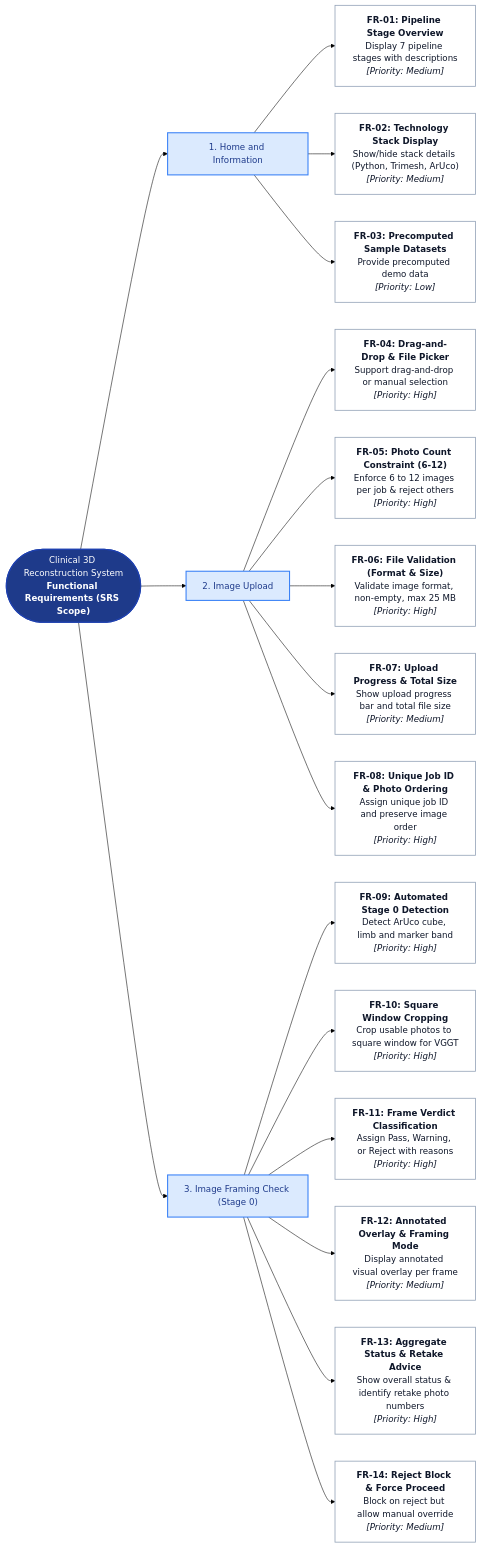
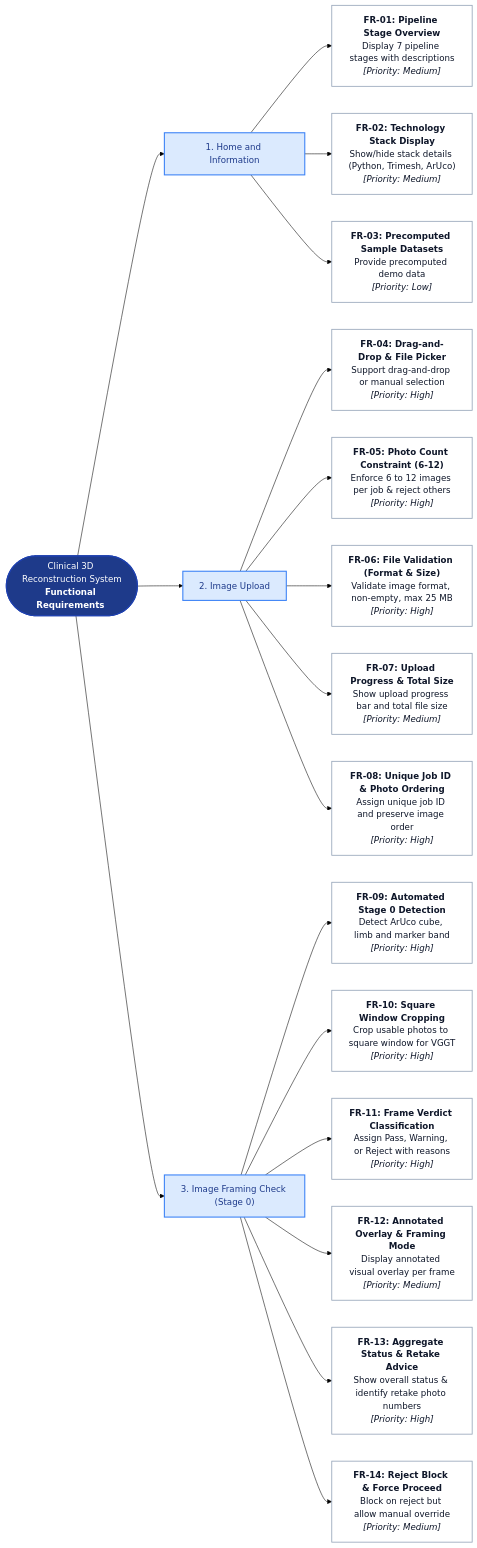
The diagram in FR.mmd (Sannn-boo/SCGProject), drawn with Mermaid (forest theme) before and after one commit.

Commit message:
Update title in Functional Requirements section

```diff
--- a/FR.mmd
+++ b/FR.mmd
@@ -1,36 +1,36 @@
 flowchart LR
     %% Styling Classes
     classDef rootClass fill:#1e3a8a,stroke:#1e40af,stroke-width:2px,color:#ffffff;
     classDef groupClass fill:#dbeafe,stroke:#3b82f6,stroke-width:2px,color:#1e3a8a;
     classDef plainNode fill:#ffffff,stroke:#94a3b8,stroke-width:1.5px,color:#0f172a;
 
-    Root(["Clinical 3D Reconstruction System<br/><b>Functional Requirements (SRS Scope)</b>"]):::rootClass
+    Root(["Clinical 3D Reconstruction System<br/><b>Functional Requirements </b>"]):::rootClass
 
     %% Main Requirement Sections
     S1["1. Home and Information"]:::groupClass
     S2["2. Image Upload"]:::groupClass
     S3["3. Image Framing Check (Stage 0)"]:::groupClass
 
     Root --> S1
     Root --> S2
     Root --> S3
 
     %% Section 1: Home and Information
     S1 --> FR01["<b>FR-01: Pipeline Stage Overview</b><br/>Display 7 pipeline stages with descriptions<br/><i>[Priority: Medium]</i>"]:::plainNode
     S1 --> FR02["<b>FR-02: Technology Stack Display</b><br/>Show/hide stack details (Python, Trimesh, ArUco)<br/><i>[Priority: Medium]</i>"]:::plainNode
     S1 --> FR03["<b>FR-03: Precomputed Sample Datasets</b><br/>Provide precomputed demo data<br/><i>[Priority: Low]</i>"]:::plainNode
 
     %% Section 2: Image Upload
     S2 --> FR04["<b>FR-04: Drag-and-Drop & File Picker</b><br/>Support drag-and-drop or manual selection<br/><i>[Priority: High]</i>"]:::plainNode
     S2 --> FR05["<b>FR-05: Photo Count Constraint (6-12)</b><br/>Enforce 6 to 12 images per job & reject others<br/><i>[Priority: High]</i>"]:::plainNode
     S2 --> FR06["<b>FR-06: File Validation (Format & Size)</b><br/>Validate image format, non-empty, max 25 MB<br/><i>[Priority: High]</i>"]:::plainNode
     S2 --> FR07["<b>FR-07: Upload Progress & Total Size</b><br/>Show upload progress bar and total file size<br/><i>[Priority: Medium]</i>"]:::plainNode
     S2 --> FR08["<b>FR-08: Unique Job ID & Photo Ordering</b><br/>Assign unique job ID and preserve image order<br/><i>[Priority: High]</i>"]:::plainNode
 
     %% Section 3: Image Framing Check 
     S3 --> FR09["<b>FR-09: Automated Stage 0 Detection</b><br/>Detect ArUco cube, limb and marker band<br/><i>[Priority: High]</i>"]:::plainNode
     S3 --> FR10["<b>FR-10: Square Window Cropping</b><br/>Crop usable photos to square window for VGGT<br/><i>[Priority: High]</i>"]:::plainNode
     S3 --> FR11["<b>FR-11: Frame Verdict Classification</b><br/>Assign Pass, Warning, or Reject with reasons<br/><i>[Priority: High]</i>"]:::plainNode
     S3 --> FR12["<b>FR-12: Annotated Overlay & Framing Mode</b><br/>Display annotated visual overlay per frame<br/><i>[Priority: Medium]</i>"]:::plainNode
     S3 --> FR13["<b>FR-13: Aggregate Status & Retake Advice</b><br/>Show overall status & identify retake photo numbers<br/><i>[Priority: High]</i>"]:::plainNode
     S3 --> FR14["<b>FR-14: Reject Block & Force Proceed</b><br/>Block on reject but allow manual override<br/><i>[Priority: Medium]</i>"]:::plainNode
```
